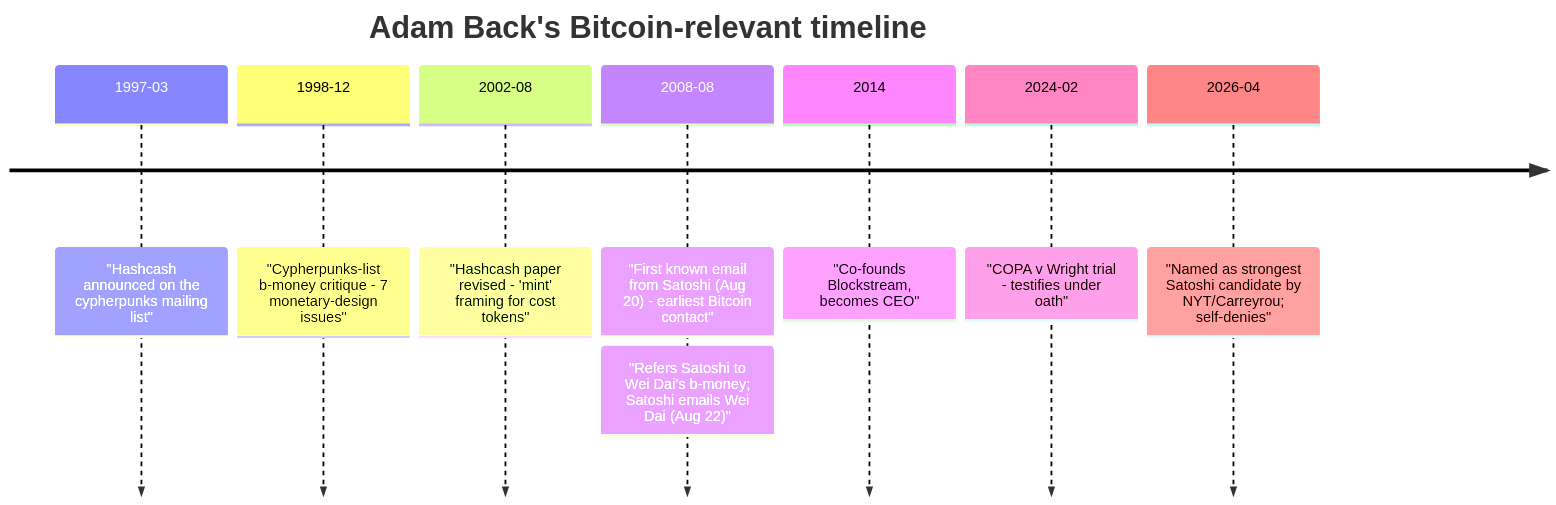
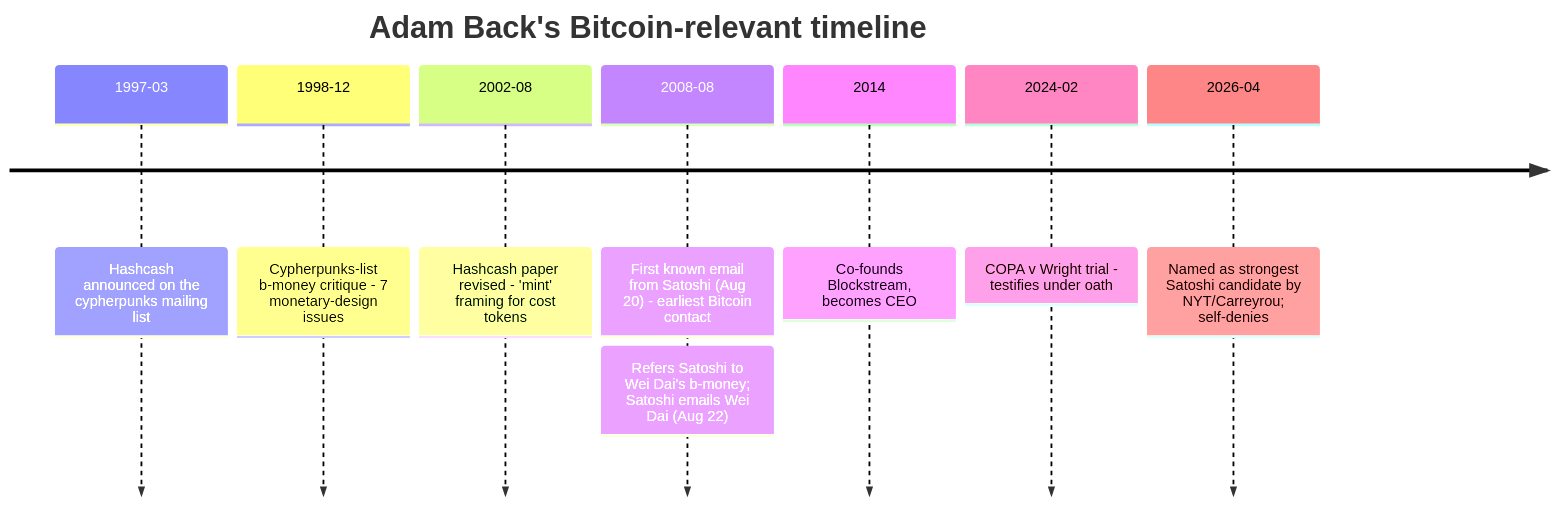
One commit to cypher256/BitcoinArchive changed the diagram in src/data/entries/en/aftermath/2008-08-20-adam-back-biography.md. Above: the diagram before and after it, drawn with Mermaid. The commit also changed 12 other files, not shown here.

First line of the commit message:
Mermaid timelines: drop literal double-quotes around event text

````diff
--- a/src/data/entries/en/aftermath/2008-08-20-adam-back-biography.md
+++ b/src/data/entries/en/aftermath/2008-08-20-adam-back-biography.md
@@ -50,12 +50,12 @@
 ```mermaid
 timeline
     title Adam Back's Bitcoin-relevant timeline
-    1997-03 : "Hashcash announced on the cypherpunks mailing list"
-    1998-12 : "Cypherpunks-list b-money critique - 7 monetary-design issues"
-    2002-08 : "Hashcash paper revised - 'mint' framing for cost tokens"
-    2008-08 : "First known email from Satoshi (Aug 20) - earliest Bitcoin contact"
-            : "Refers Satoshi to Wei Dai's b-money; Satoshi emails Wei Dai (Aug 22)"
-    2014 : "Co-founds Blockstream, becomes CEO"
-    2024-02 : "COPA v Wright trial - testifies under oath"
-    2026-04 : "Named as strongest Satoshi candidate by NYT/Carreyrou; self-denies"
+    1997-03 : Hashcash announced on the cypherpunks mailing list
+    1998-12 : Cypherpunks-list b-money critique - 7 monetary-design issues
+    2002-08 : Hashcash paper revised - 'mint' framing for cost tokens
+    2008-08 : First known email from Satoshi (Aug 20) - earliest Bitcoin contact
+            : Refers Satoshi to Wei Dai's b-money; Satoshi emails Wei Dai (Aug 22)
+    2014 : Co-founds Blockstream, becomes CEO
+    2024-02 : COPA v Wright trial - testifies under oath
+    2026-04 : Named as strongest Satoshi candidate by NYT/Carreyrou; self-denies
 ```
````
